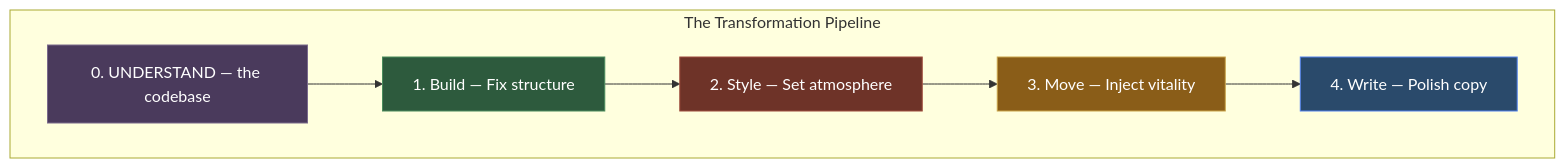
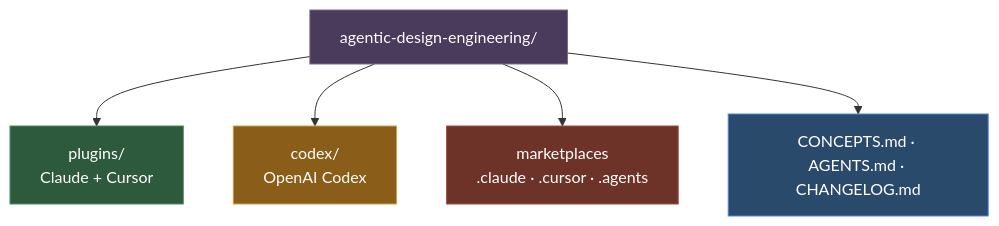
Before and after one commit to akshansh/agentic-design-engineering: the third of 4 diagrams in README.md, drawn with Mermaid. The commit also changed other lines of this file, not shown here.

````diff
--- a/README.md
+++ b/README.md
@@ -193,15 +142,13 @@
 ```mermaid
-graph TD
-    subgraph "The Transformation Pipeline"
-        S0["0. UNDERSTAND — the codebase"] --> CL["1. Build — Fix structure"]
-        CL --> PL["2. Style — Set atmosphere"]
-        PL --> AL["3. Move — Inject vitality"]
-        AL --> VO["4. Write — Polish copy"]
-    end
+flowchart TD
+    Root["agentic-design-engineering/"] --> ClaudeCursor["plugins/<br/>Claude + Cursor"]
+    Root --> Codex["codex/<br/>OpenAI Codex"]
+    Root --> Market["marketplaces<br/>.claude · .cursor · .agents"]
+    Root --> Vocab["CONCEPTS.md · AGENTS.md · CHANGELOG.md"]
 
-    style S0 fill:#4a3a5c,stroke:#7a6a8c,color:#fff
-    style CL fill:#2d5a3d,stroke:#4a8c5c,color:#fff
-    style PL fill:#6e3328,stroke:#a04d3e,color:#fff
-    style AL fill:#8a5d18,stroke:#c9a44a,color:#fff
-    style VO fill:#2a4a6b,stroke:#5282ef,color:#fff
+    style Root fill:#4a3a5c,stroke:#7a6a8c,color:#fff
+    style ClaudeCursor fill:#2d5a3d,stroke:#4a8c5c,color:#fff
+    style Codex fill:#8a5d18,stroke:#c9a44a,color:#fff
+    style Market fill:#6e3328,stroke:#a04d3e,color:#fff
+    style Vocab fill:#2a4a6b,stroke:#5282ef,color:#fff
 ```
````
